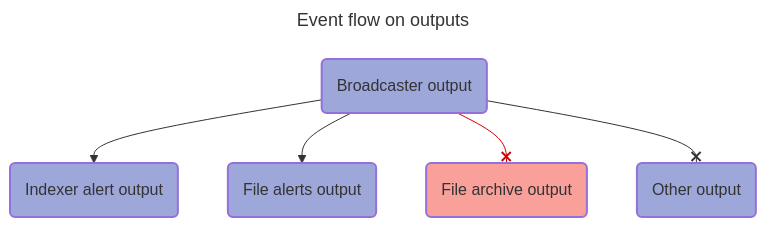
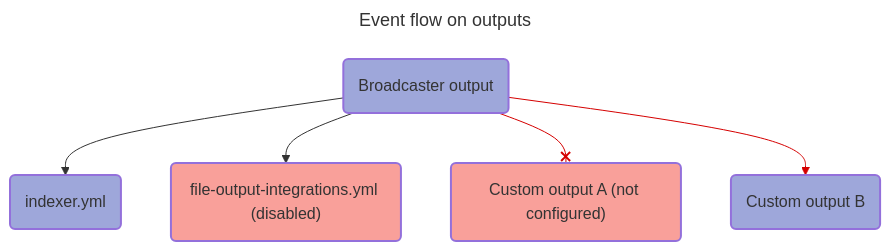
Before and after one commit to wazuh/wazuh: the sixth of 12 diagrams in docs/ref/modules/engine/README.md, drawn with Mermaid. The commit also changed other lines of this file, not shown here.

Commit message:
feat: update output/pipeline section

````diff
--- a/docs/ref/modules/engine/README.md
+++ b/docs/ref/modules/engine/README.md
@@ -561,20 +592,20 @@
 ```mermaid
 ---
 title: Event flow on outputs
 ---
 flowchart TD
 
-    outputR --> output1("Indexer alert output") & output2("File alerts output")
-    outputR("Broadcaster output") --x output3("File archive output")
-    outputR("Broadcaster output") --x output4("Other output")
+    outputR --> output1("indexer.yml") & output2("file-output-integrations.yml (disabled)")
+    outputR("Broadcaster output") --x output3("Custom output A (not configured)")
+    outputR("Broadcaster output") --> output4("Custom output B")
 
      outputR:::AssetSuccessClass
      output1:::AssetSuccessClass
-     output2:::AssetSuccessClass
+     output2:::AssetFailClass
      output3:::AssetFailClass
      output4:::AssetSuccessClass
     classDef AssetSuccessClass fill:#3f51b5,stroke-width:2px,fill-opacity:0.5
     classDef AssetFailClass fill:#f44336,stroke-width:2px,fill-opacity:0.5
     classDef AssetNotExecutedClass fill:#9e9e9e,stroke-width:2px,fill-opacity:0.5
-    linkStyle 2 stroke:#D50000,fill:none
+    linkStyle 2,3 stroke:#D50000,fill:none
 ```
````
